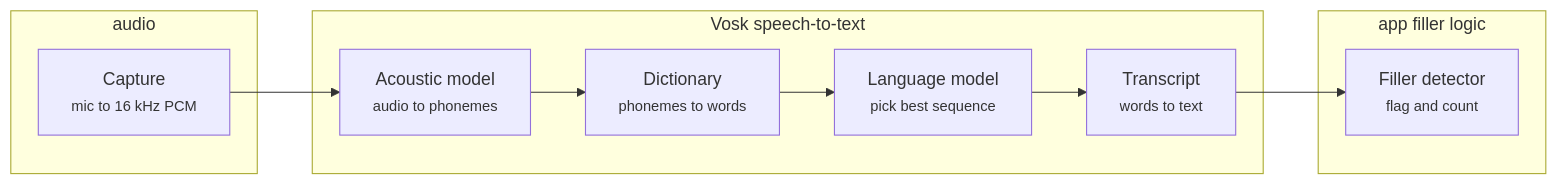
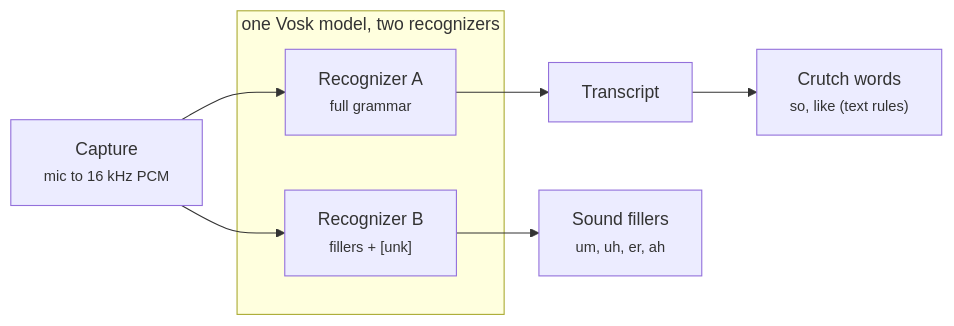
Before and after one commit to nirajkmr007/toastmaster-auto-ah-counter: the diagram in README.md, drawn with Mermaid. The commit also changed other lines of this file and 29 other files, not shown here.

Commit message:
Refactor V2: filler management: split BubblesPane into FillerPane and ManualAdd components, update store for sound and crutch fillers, and enhance detection handling.

````diff
--- a/README.md
+++ b/README.md
@@ -52,21 +53,13 @@
 ```mermaid
 flowchart LR
-  A["Capture<br/><small>mic to 16 kHz PCM</small>"] --> B["Acoustic model<br/><small>audio to phonemes</small>"]
-  B --> C["Dictionary<br/><small>phonemes to words</small>"]
-  C --> D["Language model<br/><small>pick best sequence</small>"]
-  D --> E["Transcript<br/><small>words to text</small>"]
-  E --> F["Filler detector<br/><small>flag and count</small>"]
+  MIC["Capture<br/><small>mic to 16 kHz PCM</small>"] --> A["Recognizer A<br/><small>full grammar</small>"]
+  MIC --> B["Recognizer B<br/><small>fillers + [unk]</small>"]
+  A --> T["Transcript"]
+  T --> CR["Crutch words<br/><small>so, like (text rules)</small>"]
+  B --> SF["Sound fillers<br/><small>um, uh, er, ah</small>"]
 
-  subgraph audio [audio]
+  subgraph vosk [one Vosk model, two recognizers]
     A
-  end
-  subgraph vosk [Vosk speech-to-text]
     B
-    C
-    D
-    E
-  end
-  subgraph app [app filler logic]
-    F
   end
 ```
````
